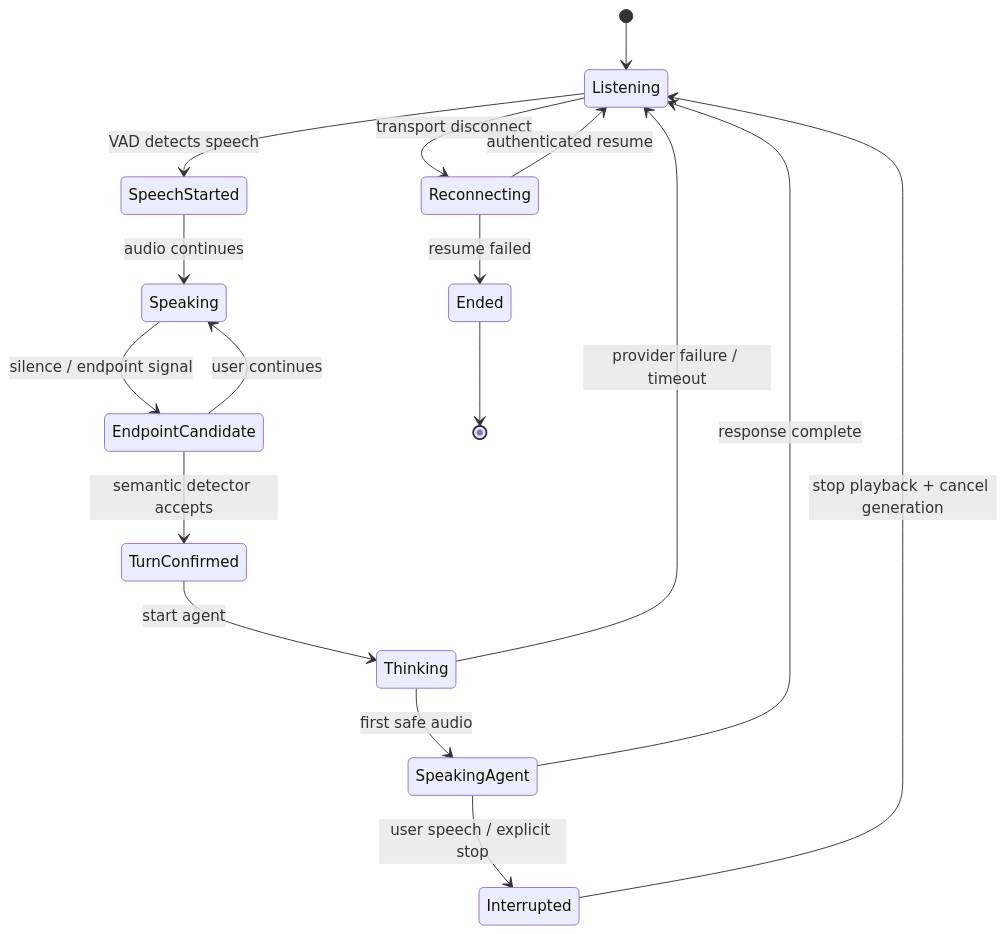
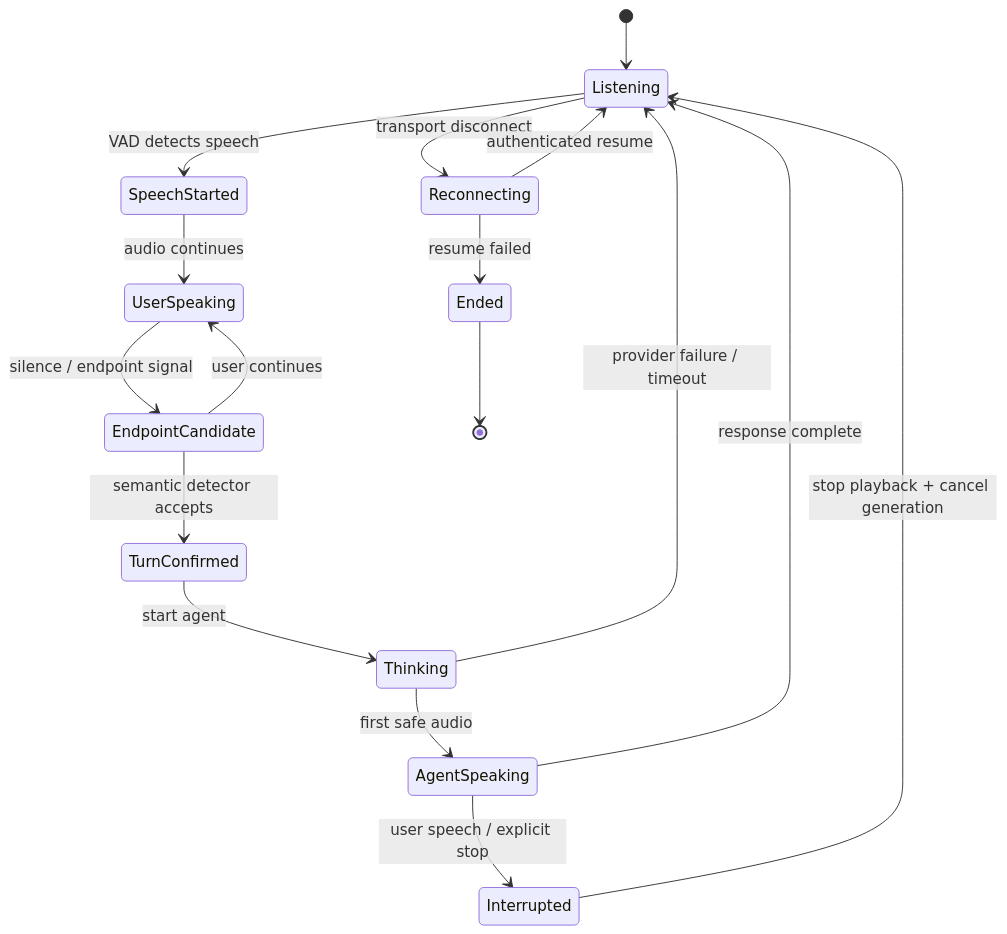
The seventh of 10 diagrams in docs/voice-agent-architecture-diagrams.md (d-schneid/voice-agents), drawn with Mermaid before and after one commit. The commit also changed other lines of this file, not shown here.

Commit message:
Audit voice agent architecture diagrams

````diff
--- a/docs/voice-agent-architecture-diagrams.md
+++ b/docs/voice-agent-architecture-diagrams.md
@@ -268,19 +282,19 @@
 ```mermaid
 stateDiagram-v2
     [*] --> Listening
     Listening --> SpeechStarted: VAD detects speech
-    SpeechStarted --> Speaking: audio continues
-    Speaking --> EndpointCandidate: silence / endpoint signal
-    EndpointCandidate --> Speaking: user continues
+    SpeechStarted --> UserSpeaking: audio continues
+    UserSpeaking --> EndpointCandidate: silence / endpoint signal
+    EndpointCandidate --> UserSpeaking: user continues
     EndpointCandidate --> TurnConfirmed: semantic detector accepts
     TurnConfirmed --> Thinking: start agent
-    Thinking --> SpeakingAgent: first safe audio
-    SpeakingAgent --> Listening: response complete
-    SpeakingAgent --> Interrupted: user speech / explicit stop
+    Thinking --> AgentSpeaking: first safe audio
+    AgentSpeaking --> Listening: response complete
+    AgentSpeaking --> Interrupted: user speech / explicit stop
     Interrupted --> Listening: stop playback + cancel generation
     Thinking --> Listening: provider failure / timeout
     Listening --> Reconnecting: transport disconnect
     Reconnecting --> Listening: authenticated resume
     Reconnecting --> Ended: resume failed
     Ended --> [*]
 ```
````
